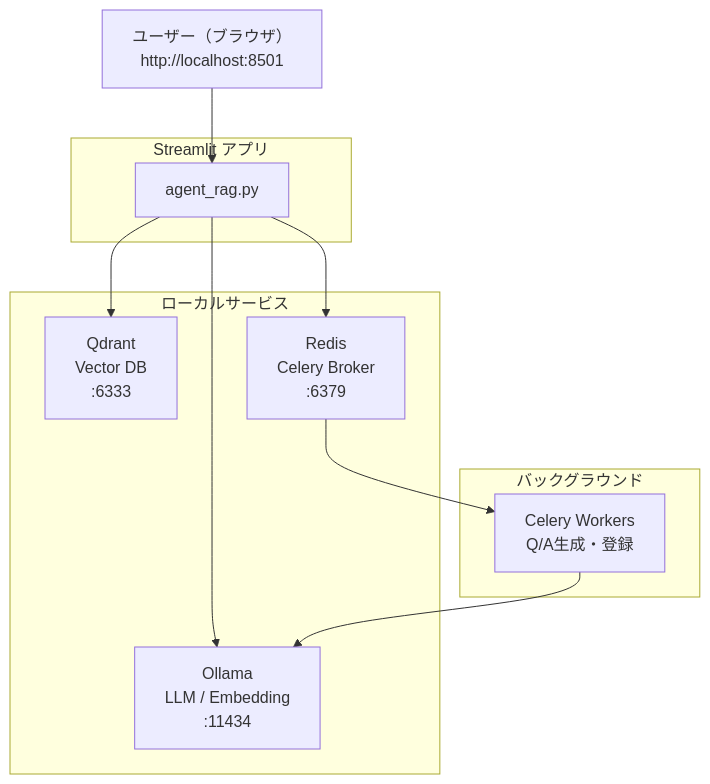
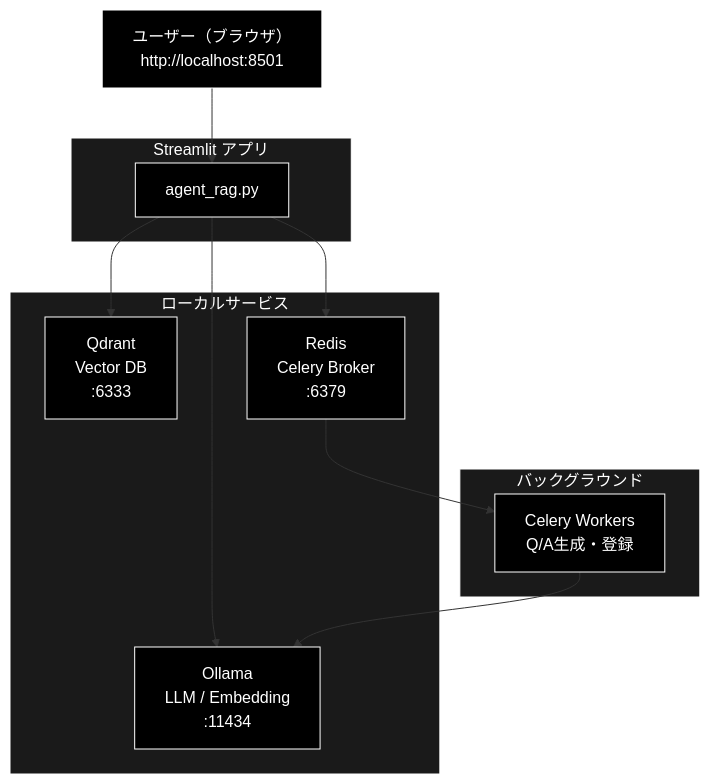
The diagram in docs/setup_and_install.md (nakashima2toshio/ollama_grace_agent_v2), drawn with Mermaid before and after one commit. The commit also changed other lines of this file and 3 other files, not shown here.

````diff
--- a/docs/setup_and_install.md
+++ b/docs/setup_and_install.md
@@ -42,25 +42,31 @@
 ```mermaid
 flowchart TB
     USER["ユーザー（ブラウザ）\nhttp://localhost:8501"]
 
     subgraph APP["Streamlit アプリ"]
         STREAMLIT["agent_rag.py"]
     end
 
     subgraph LOCAL["ローカルサービス"]
         OLLAMA["Ollama\nLLM / Embedding\n:11434"]
         QDRANT["Qdrant\nVector DB\n:6333"]
         REDIS["Redis\nCelery Broker\n:6379"]
     end
 
     subgraph BG["バックグラウンド"]
         CELERY["Celery Workers\nQ/A生成・登録"]
     end
 
     USER --> STREAMLIT
     STREAMLIT --> OLLAMA
     STREAMLIT --> QDRANT
     STREAMLIT --> REDIS
     REDIS --> CELERY
     CELERY --> OLLAMA
+classDef default fill:#000,stroke:#fff,color:#fff
+classDef subgraphStyle fill:#1a1a1a,stroke:#fff,color:#fff
+class USER,STREAMLIT,OLLAMA,QDRANT,REDIS,CELERY default
+style APP fill:#1a1a1a,stroke:#fff,color:#fff
+style LOCAL fill:#1a1a1a,stroke:#fff,color:#fff
+style BG fill:#1a1a1a,stroke:#fff,color:#fff
 ```
````
